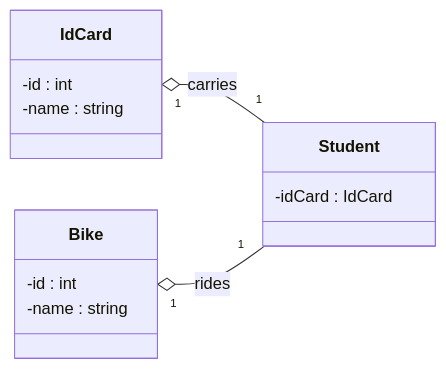
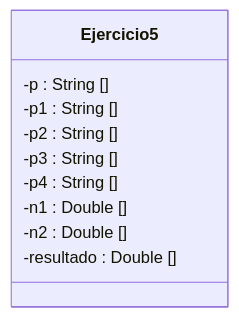
One commit to PachecoASIR/Diagramas changed the fourth of 4 diagrams in README.md. Above: the diagram before and after it, drawn with Mermaid.

````diff
--- a/README.md
+++ b/README.md
@@ -98,17 +98,14 @@
 ```mermaid
 classDiagram
   direction RL
-  class Student {
-    -idCard : IdCard
+  class Ejercicio5 {
+    -p : String []
+    -p1 : String []
+    -p2 : String []
+    -p3 : String []
+    -p4 : String []
+    -n1 : Double []
+    -n2 : Double []
+    -resultado : Double []
   }
-  class IdCard{
-    -id : int
-    -name : string
-  }
-  class Bike{
-    -id : int
-    -name : string
-  }
-  Student "1" --o "1" IdCard : carries
-  Student "1" --o "1" Bike : rides
 ```
````
